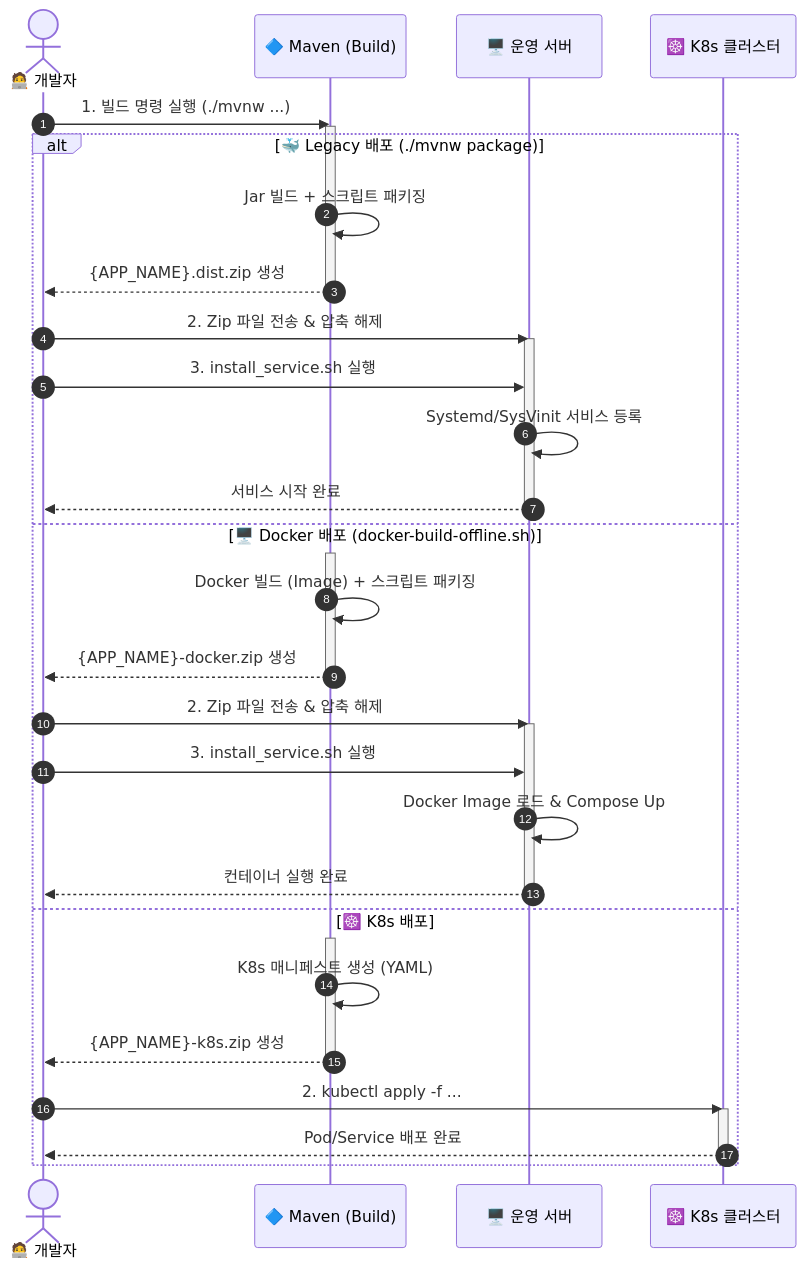
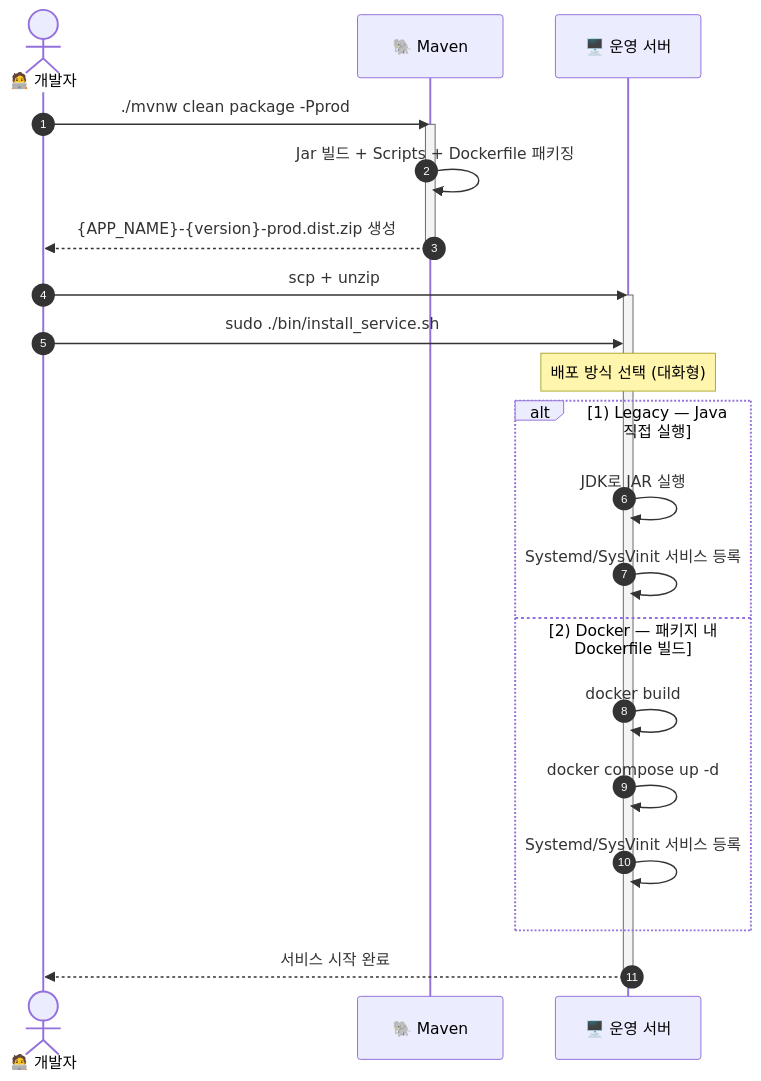
One commit to MJ-Youn/build-template changed the second of 5 diagrams in README.md. Above: the diagram before and after it, drawn with Mermaid. The commit also changed other lines of this file and 13 other files, not shown here.

````diff
--- a/README.md
+++ b/README.md
@@ -482,45 +406,31 @@
 ```mermaid
 sequenceDiagram
     autonumber
     actor Dev as 🧑‍💻 개발자
-    participant Maven as 🔷 Maven (Build)
+    participant Maven as 🐘 Maven
     participant Server as 🖥️ 운영 서버
-    participant K8s as ☸️ K8s 클러스터
 
-    Dev->>Maven: 1. 빌드 명령 실행 (./mvnw ...)
+    Dev->>Maven: ./mvnw clean package -Pprod
     activate Maven
+    Maven->>Maven: Jar 빌드 + Scripts + Dockerfile 패키징
+    Maven-->>Dev: {APP_NAME}-{version}-prod.dist.zip 생성
+    deactivate Maven
 
-    alt 🐳 Legacy 배포 (./mvnw package)
-        Maven->>Maven: Jar 빌드 + 스크립트 패키징
-        Maven-->>Dev: {APP_NAME}.dist.zip 생성
-        deactivate Maven
-        Dev->>Server: 2. Zip 파일 전송 & 압축 해제
-        activate Server
-        Dev->>Server: 3. install_service.sh 실행
+    Dev->>Server: scp + unzip
+    activate Server
+    Dev->>Server: sudo ./bin/install_service.sh
+
+    Note over Server: 배포 방식 선택 (대화형)
+
+    alt 1) Legacy — Java 직접 실행
+        Server->>Server: JDK로 JAR 실행
         Server->>Server: Systemd/SysVinit 서비스 등록
-        Server-->>Dev: 서비스 시작 완료
-        deactivate Server
+    else 2) Docker — 패키지 내 Dockerfile 빌드
+        Server->>Server: docker build
+        Server->>Server: docker compose up -d
+        Server->>Server: Systemd/SysVinit 서비스 등록
+    end
 
-    else 🖥️ Docker 배포 (docker-build-offline.sh)
-        activate Maven
-        Maven->>Maven: Docker 빌드 (Image) + 스크립트 패키징
-        Maven-->>Dev: {APP_NAME}-docker.zip 생성
-        deactivate Maven
-        Dev->>Server: 2. Zip 파일 전송 & 압축 해제
-        activate Server
-        Dev->>Server: 3. install_service.sh 실행
-        Server->>Server: Docker Image 로드 & Compose Up
-        Server-->>Dev: 컨테이너 실행 완료
-        deactivate Server
-
-    else ☸️ K8s 배포
-        activate Maven
-        Maven->>Maven: K8s 매니페스트 생성 (YAML)
-        Maven-->>Dev: {APP_NAME}-k8s.zip 생성
-        deactivate Maven
-        Dev->>K8s: 2. kubectl apply -f ...
-        activate K8s
-        K8s-->>Dev: Pod/Service 배포 완료
-        deactivate K8s
-    end
+    Server-->>Dev: 서비스 시작 완료
+    deactivate Server
 ```
````
